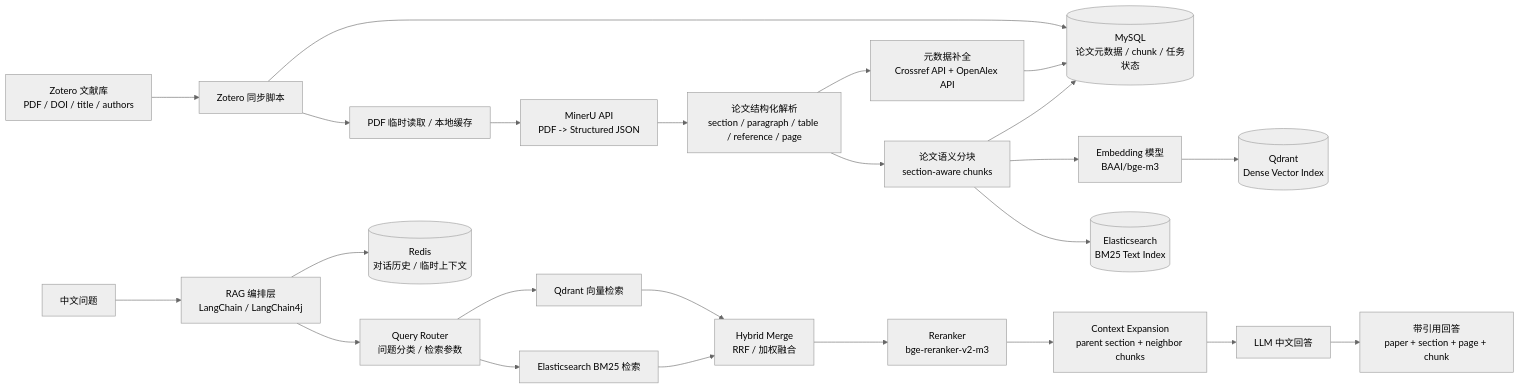
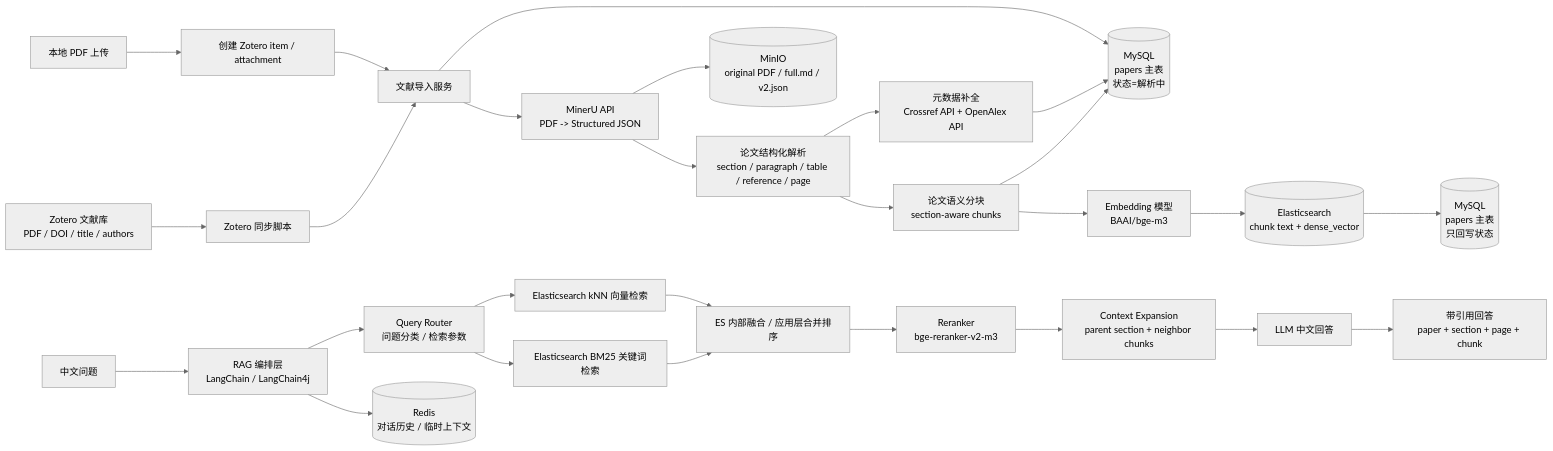
Before and after one commit to returnbreak/ScholarEase: the diagram in 项目整体架构与技术选型.md, drawn with Mermaid (neutral theme). The commit also changed other lines of this file and 11 other files, not shown here.

````diff
--- a/项目整体架构与技术选型.md
+++ b/项目整体架构与技术选型.md
@@ -30,29 +33,33 @@
 ```mermaid
 flowchart LR
     A[Zotero 文献库<br/>PDF / DOI / title / authors] --> B[Zotero 同步脚本]
-    B --> C[(MySQL<br/>论文元数据 / chunk / 任务状态)]
-    B --> D[PDF 临时读取 / 本地缓存]
-    D --> E[MinerU API<br/>PDF -> Structured JSON]
+    W[本地 PDF 上传] --> Z[创建 Zotero item / attachment]
+    Z --> X[文献导入服务]
+    B --> X
+    X --> C[(MySQL<br/>papers 主表<br/>状态=解析中)]
+    X --> E[MinerU API<br/>PDF -> Structured JSON]
     E --> F[论文结构化解析<br/>section / paragraph / table / reference / page]
+    E --> Y
+    Y[(MinIO<br/>original PDF / full.md / v2.json)]
     F --> V[元数据补全<br/>Crossref API + OpenAlex API]
     V --> C
     F --> G[论文语义分块<br/>section-aware chunks]
     G --> C
 
     G --> H[Embedding 模型<br/>BAAI/bge-m3]
-    H --> I[(Qdrant<br/>Dense Vector Index)]
-    G --> J[(Elasticsearch<br/>BM25 Text Index)]
+    H --> I[(Elasticsearch<br/>chunk text + dense_vector)]
+    I --> C2[(MySQL<br/>papers 主表<br/>只回写状态)]
 
     K[中文问题] --> L[RAG 编排层<br/>LangChain / LangChain4j]
     L --> M[Query Router<br/>问题分类 / 检索参数]
-    M --> N[Qdrant 向量检索]
-    M --> O[Elasticsearch BM25 检索]
-    N --> P[Hybrid Merge<br/>RRF / 加权融合]
+    M --> N[Elasticsearch kNN 向量检索]
+    M --> O[Elasticsearch BM25 关键词检索]
+    N --> P[ES 内部融合 / 应用层合并排序]
     O --> P
     P --> Q[Reranker<br/>bge-reranker-v2-m3]
     Q --> R[Context Expansion<br/>parent section + neighbor chunks]
     R --> S[LLM 中文回答]
     S --> T[带引用回答<br/>paper + section + page + chunk]
 
     L --> U[(Redis<br/>对话历史 / 临时上下文)]
 ```
````
